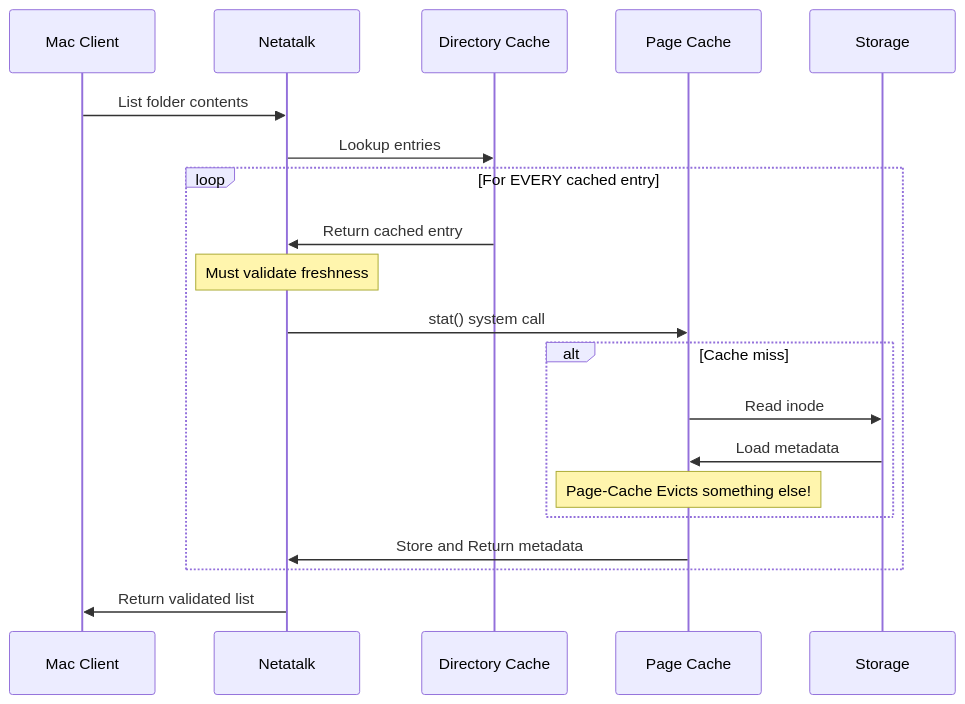
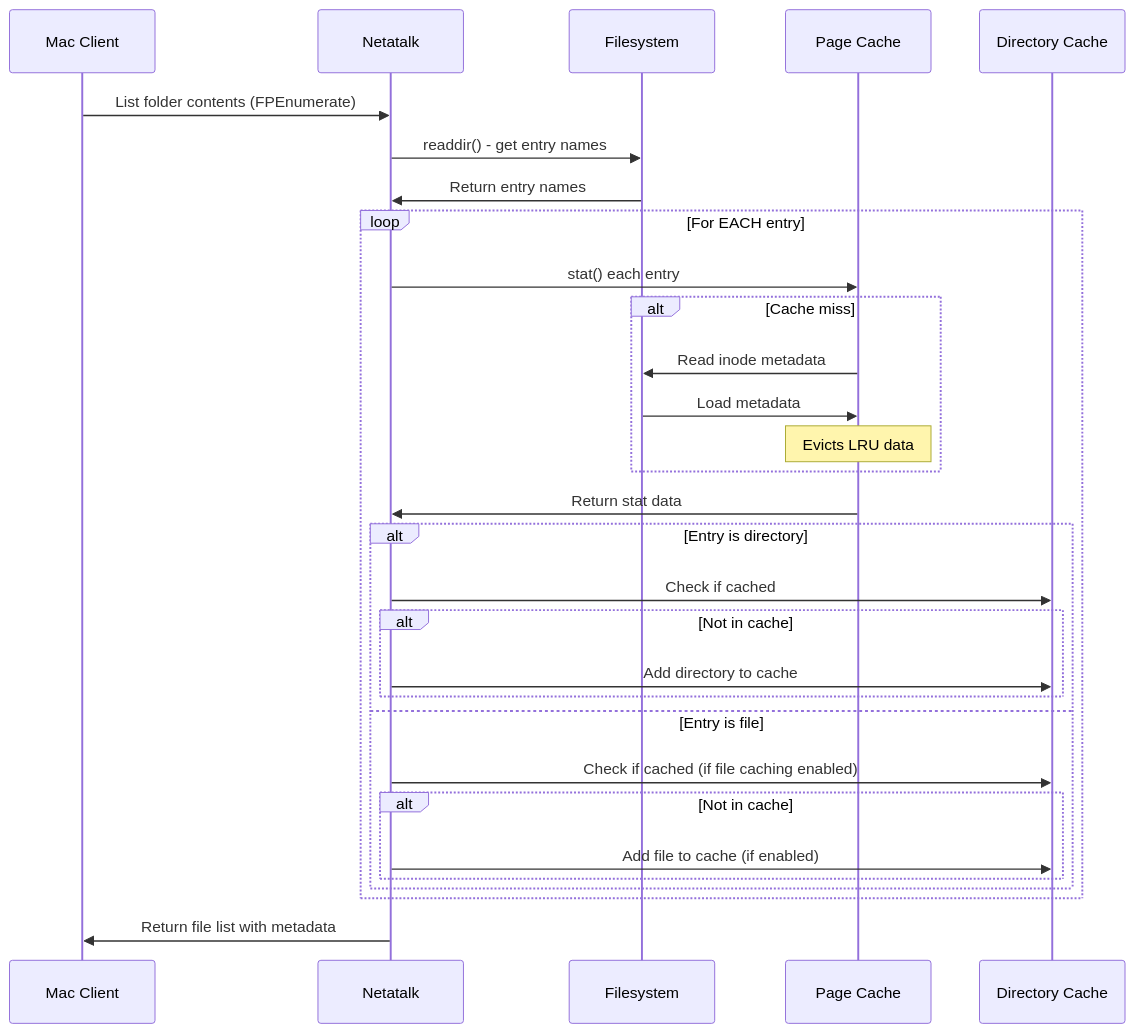
Before and after one commit to Netatalk/netatalk: the second of 8 diagrams in doc/developer/dircache.md, drawn with Mermaid. The commit also changed other lines of this file and 41 other files, not shown here.

````diff
--- a/doc/developer/dircache.md
+++ b/doc/developer/dircache.md
@@ -89,25 +89,36 @@
 ```mermaid
 sequenceDiagram
     participant Client as Mac Client
     participant Netatalk
+    participant Disk as Filesystem
+    participant PageCache as Page Cache
     participant DirCache as Directory Cache
-    participant PageCache as Page Cache
-    participant Disk as Storage
     
-    Client->>Netatalk: List folder contents
-    Netatalk->>DirCache: Lookup entries
+    Client->>Netatalk: List folder contents (FPEnumerate)
+    Netatalk->>Disk: readdir() - get entry names
+    Disk->>Netatalk: Return entry names
     
-    loop For EVERY cached entry
-        DirCache->>Netatalk: Return cached entry
-        Note over Netatalk: Must validate freshness
-        Netatalk->>PageCache: stat() system call
+    loop For EACH entry
+        Netatalk->>PageCache: stat() each entry
         alt Cache miss
-            PageCache->>Disk: Read inode
+            PageCache->>Disk: Read inode metadata
             Disk->>PageCache: Load metadata
-            Note over PageCache: Page-Cache Evicts something else!
+            Note over PageCache: Evicts LRU data
         end
-        PageCache->>Netatalk: Store and Return metadata
+        PageCache->>Netatalk: Return stat data
+        
+        alt Entry is directory
+            Netatalk->>DirCache: Check if cached
+            alt Not in cache
+                Netatalk->>DirCache: Add directory to cache
+            end
+        else Entry is file
+            Netatalk->>DirCache: Check if cached (if file caching enabled)
+            alt Not in cache
+                Netatalk->>DirCache: Add file to cache (if enabled)
+            end
+        end
     end
     
-    Netatalk->>Client: Return validated list
+    Netatalk->>Client: Return file list with metadata
 ```
````
